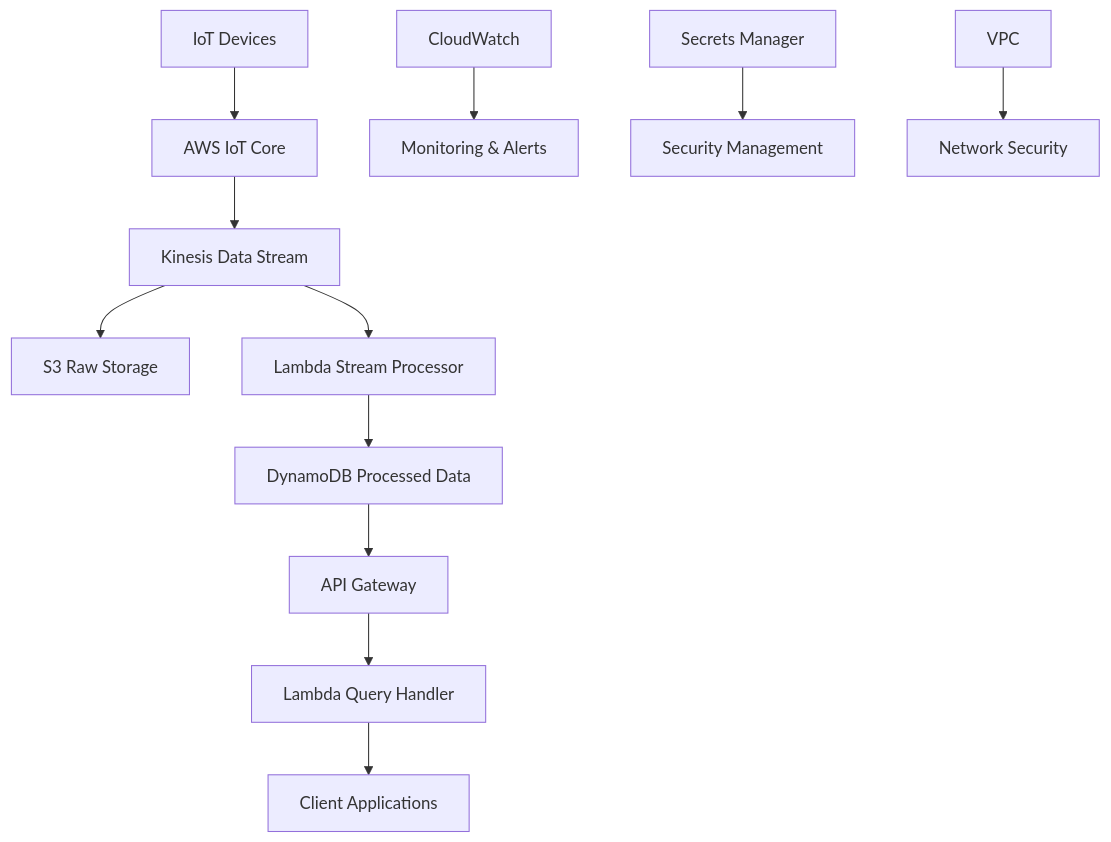
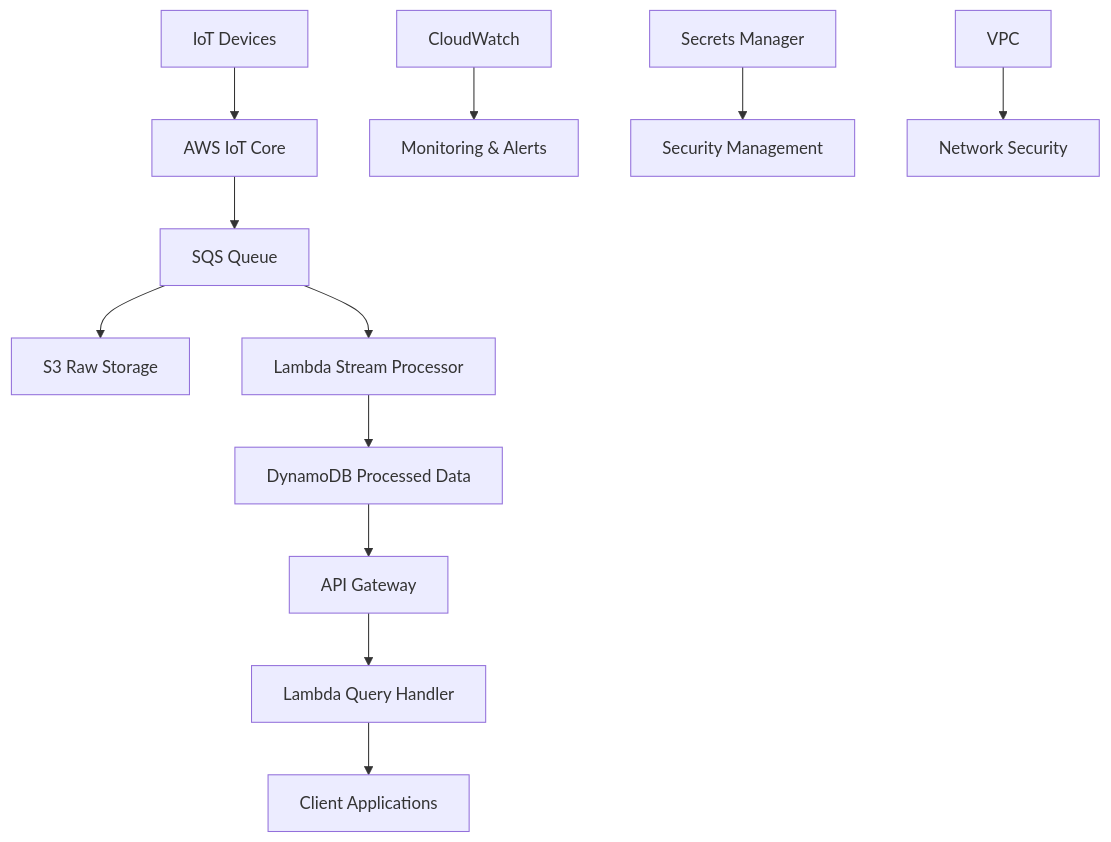
The diagram in README.md (ngocp-0847/IOT_infra_aws), drawn with Mermaid before and after one commit. The commit also changed other lines of this file and 26 other files, not shown here.

First line of the commit message:
Thay đổi kiến trúc từ Kinesis sang SQS + Lambda

````diff
--- a/README.md
+++ b/README.md
@@ -9,15 +9,15 @@
 ```mermaid
 graph TD
     A[IoT Devices] --> B[AWS IoT Core]
-    B --> C[Kinesis Data Stream]
+    B --> C[SQS Queue]
     C --> D1[S3 Raw Storage]
     C --> D2[Lambda Stream Processor]
     D2 --> E[DynamoDB Processed Data]
     E --> F[API Gateway]
     F --> G[Lambda Query Handler]
     G --> H[Client Applications]
     
     I[CloudWatch] --> J[Monitoring & Alerts]
     K[Secrets Manager] --> L[Security Management]
     M[VPC] --> N[Network Security]
 ```
````
